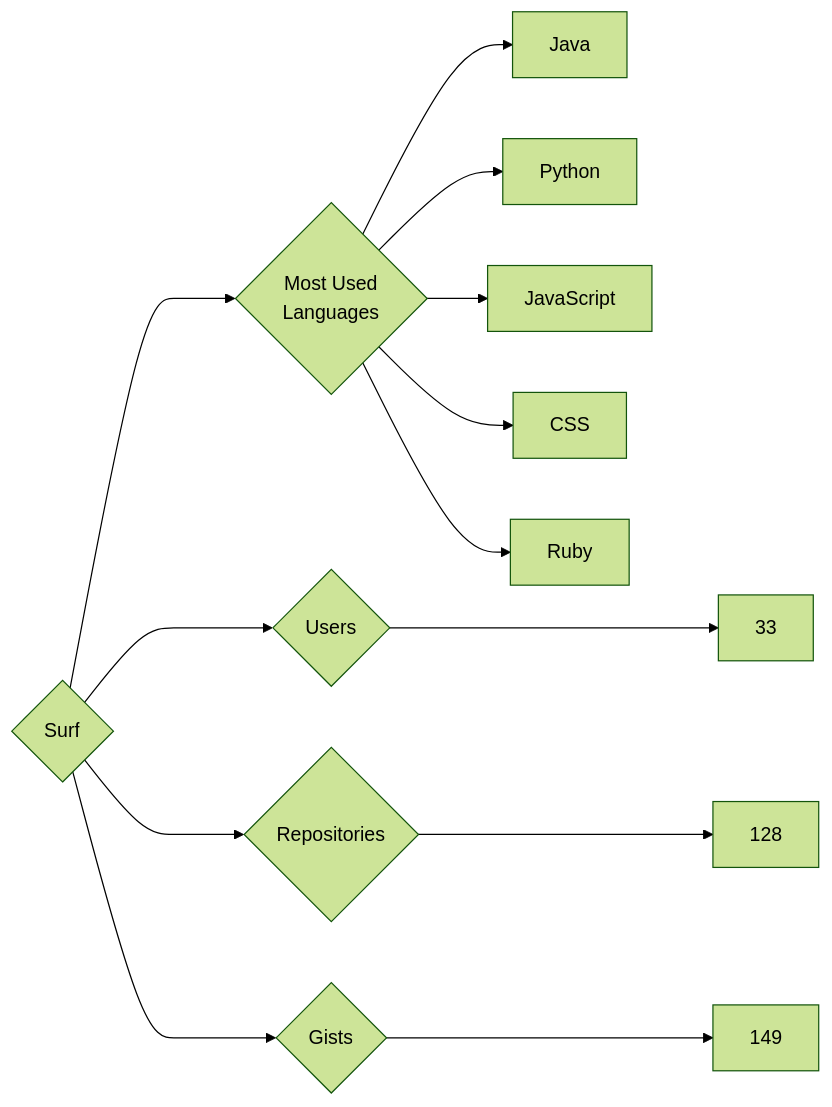
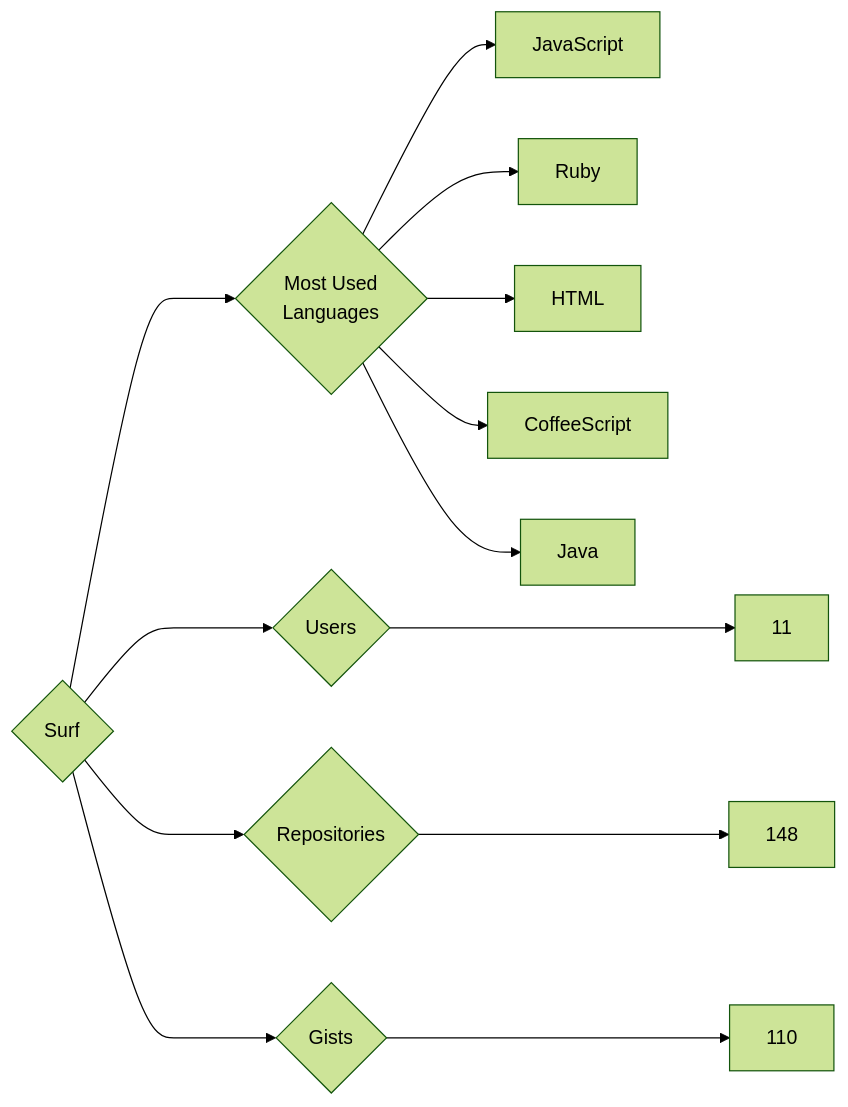
The diagram in targets/Surf/README.md (trickest/insiders), drawn with Mermaid (forest theme) before and after one commit. The commit also changed 814 other files, not shown here.

````diff
--- a/targets/Surf/README.md
+++ b/targets/Surf/README.md
@@ -3,13 +3,13 @@
 ```mermaid
 graph LR
 COMPANY_NAME{Surf}
-COMPANY_NAME ---> U{Users} ---> UN[33]
-COMPANY_NAME ---> R{Repositories} ---> RN[128]
-COMPANY_NAME ---> G{Gists} ---> GN[149]
+COMPANY_NAME ---> U{Users} ---> UN[11]
+COMPANY_NAME ---> R{Repositories} ---> RN[148]
+COMPANY_NAME ---> G{Gists} ---> GN[110]
 COMPANY_NAME ---> ML{Most Used<br>Languages}
+ML --> JavaScript[JavaScript]
+ML --> Ruby[Ruby]
+ML --> HTML[HTML]
+ML --> CoffeeScript[CoffeeScript]
 ML --> Java[Java]
-ML --> Python[Python]
-ML --> JavaScript[JavaScript]
-ML --> CSS[CSS]
-ML --> Ruby[Ruby]
 ```
````
